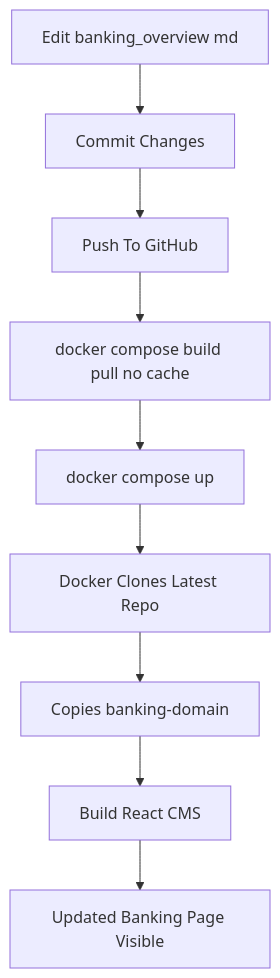
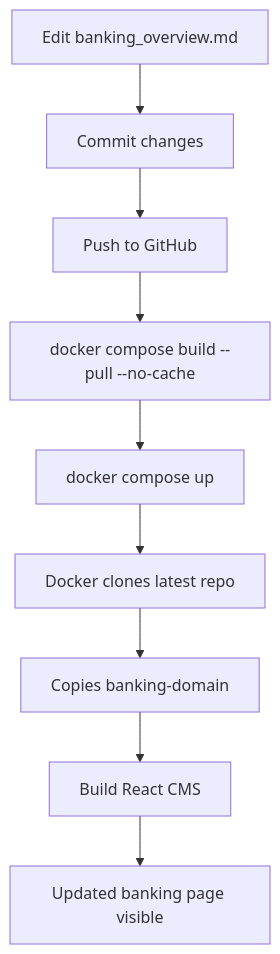
The seventh of 7 diagrams in banking-domain/banking_mermaid_shapes.md (tinitiateprime/tinitiate-data-appliance), drawn with Mermaid before and after one commit. The commit also changed other lines of this file and 3 other files, not shown here.

````diff
--- a/banking-domain/banking_mermaid_shapes.md
+++ b/banking-domain/banking_mermaid_shapes.md
@@ -168,18 +165,21 @@
 ```mermaid
 flowchart TD
+    A["Edit banking_overview.md"]
+    B["Commit changes"]
+    C["Push to GitHub"]
+    D["docker compose build --pull --no-cache"]
+    E["docker compose up"]
+    F["Docker clones latest repo"]
+    G["Copies banking-domain"]
+    H["Build React CMS"]
+    I["Updated banking page visible"]
 
-    A[Edit banking_overview md]
-
-    A --> B[Commit Changes]
-    B --> C[Push To GitHub]
-
-    C --> D[docker compose build pull no cache]
-    D --> E[docker compose up]
-
-    E --> F[Docker Clones Latest Repo]
-
-    F --> G[Copies banking-domain]
-    G --> H[Build React CMS]
-
-    H --> I[Updated Banking Page Visible]
+    A --> B
+    B --> C
+    C --> D
+    D --> E
+    E --> F
+    F --> G
+    G --> H
+    H --> I
 ```
````
